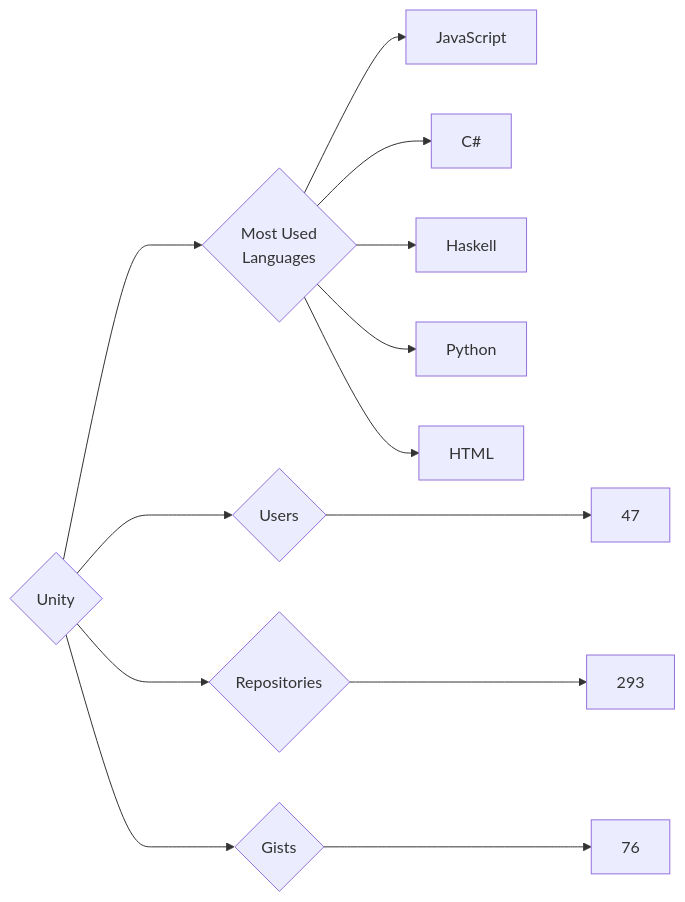
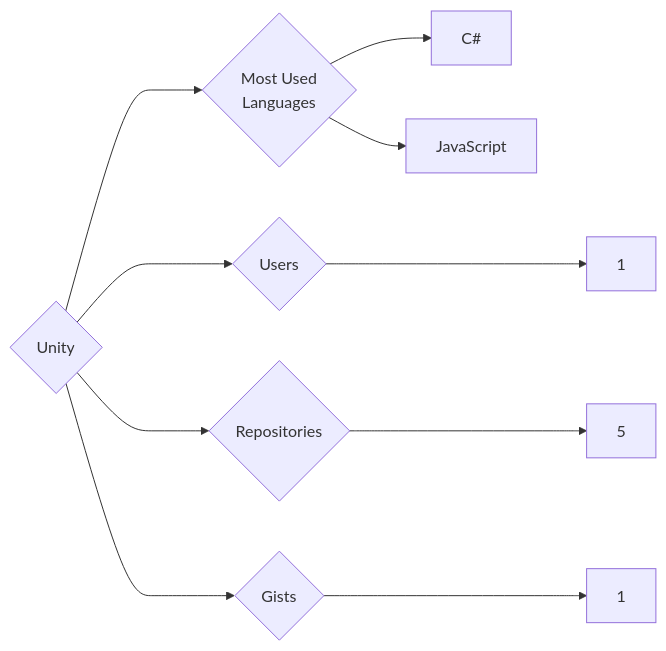
Before and after one commit to trickest/insiders: the diagram in targets/Unity/README.md, drawn with Mermaid. The commit also changed 969 other files, not shown here.

````diff
--- a/targets/Unity/README.md
+++ b/targets/Unity/README.md
@@ -3,13 +3,10 @@
 ```mermaid
 graph LR
 COMPANY_NAME{Unity}
-COMPANY_NAME ---> U{Users} ---> UN[47]
-COMPANY_NAME ---> R{Repositories} ---> RN[293]
-COMPANY_NAME ---> G{Gists} ---> GN[76]
+COMPANY_NAME ---> U{Users} ---> UN[1]
+COMPANY_NAME ---> R{Repositories} ---> RN[5]
+COMPANY_NAME ---> G{Gists} ---> GN[1]
 COMPANY_NAME ---> ML{Most Used<br>Languages}
+ML --> C#[C#]
 ML --> JavaScript[JavaScript]
-ML --> C#[C#]
-ML --> Haskell[Haskell]
-ML --> Python[Python]
-ML --> HTML[HTML]
 ```
````
